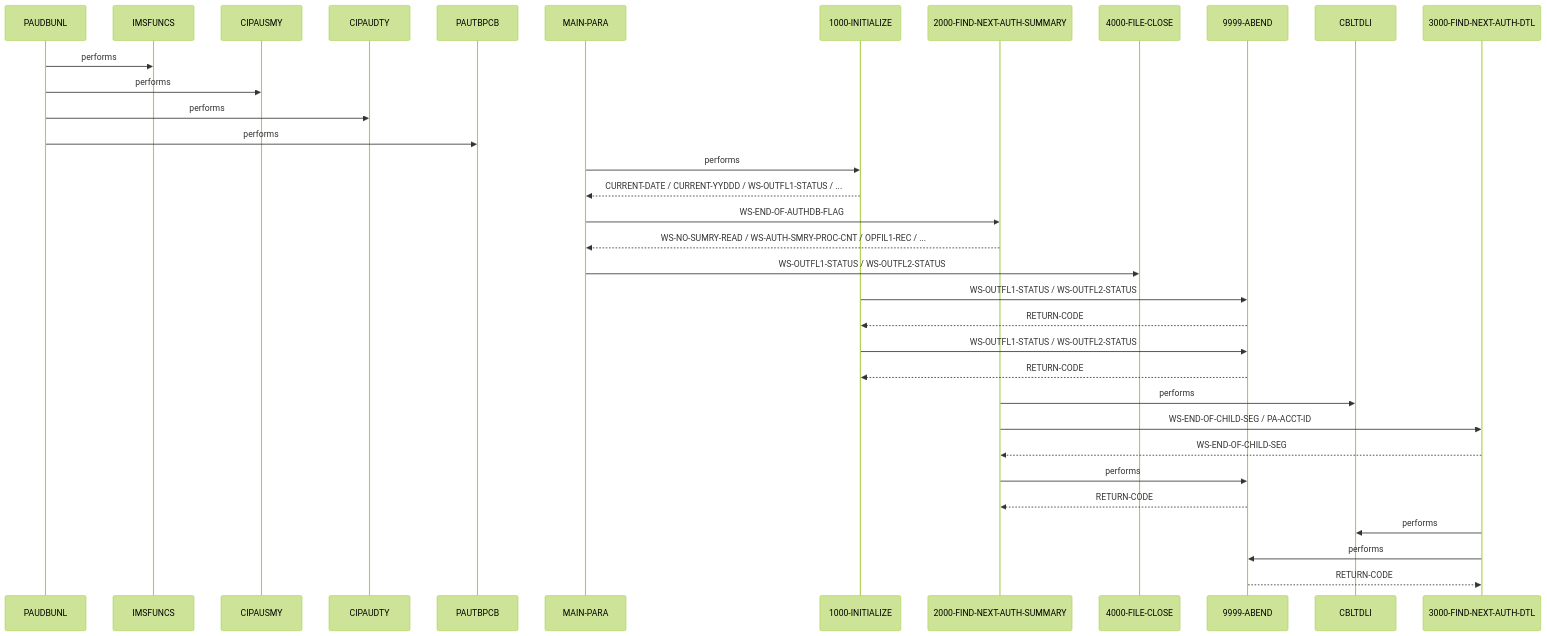
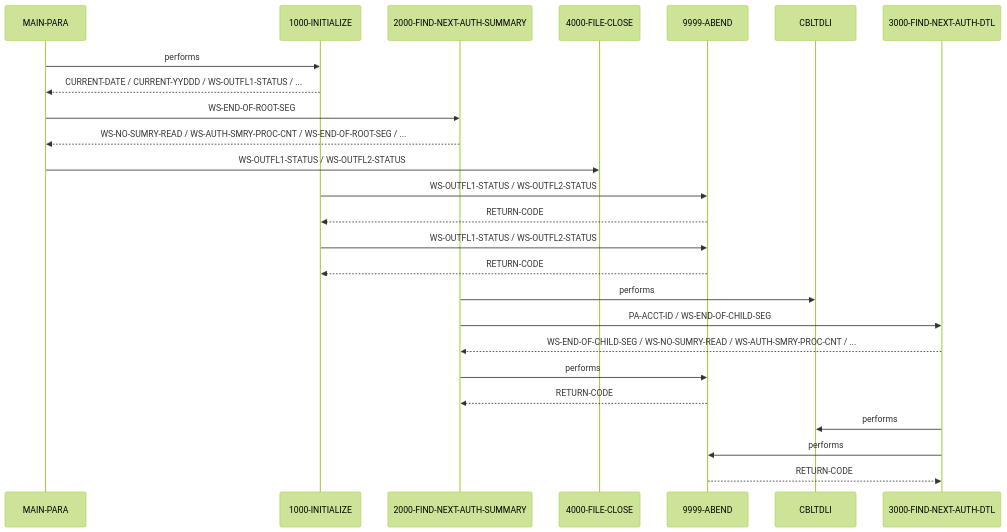
Before and after one commit to andrasfe/war_rig: the second of 2 diagrams in example_output/cbl/PAUDBUNL.CBL.md, drawn with Mermaid (forest theme). The commit also changed other lines of this file and 189 other files, not shown here.

````diff
--- a/example_output/cbl/PAUDBUNL.CBL.md
+++ b/example_output/cbl/PAUDBUNL.CBL.md
@@ -256,36 +200,27 @@
 ```mermaid
 sequenceDiagram
-    participant PAUDBUNL as PAUDBUNL
-    participant IMSFUNCS as IMSFUNCS
-    participant CIPAUSMY as CIPAUSMY
-    participant CIPAUDTY as CIPAUDTY
-    participant PAUTBPCB as PAUTBPCB
     participant MAIN_PARA as MAIN-PARA
     participant 1000_INITIALIZE as 1000-INITIALIZE
     participant 2000_FIND_NEXT_AUTH_SUMMARY as 2000-FIND-NEXT-AUTH-SUMMARY
     participant 4000_FILE_CLOSE as 4000-FILE-CLOSE
     participant 9999_ABEND as 9999-ABEND
     participant CBLTDLI as CBLTDLI
     participant 3000_FIND_NEXT_AUTH_DTL as 3000-FIND-NEXT-AUTH-DTL
-    PAUDBUNL->>IMSFUNCS: performs
-    PAUDBUNL->>CIPAUSMY: performs
-    PAUDBUNL->>CIPAUDTY: performs
-    PAUDBUNL->>PAUTBPCB: performs
     MAIN_PARA->>1000_INITIALIZE: performs
     1000_INITIALIZE-->>MAIN_PARA: CURRENT-DATE / CURRENT-YYDDD / WS-OUTFL1-STATUS / ...
-    MAIN_PARA->>2000_FIND_NEXT_AUTH_SUMMARY: WS-END-OF-AUTHDB-FLAG
-    2000_FIND_NEXT_AUTH_SUMMARY-->>MAIN_PARA: WS-NO-SUMRY-READ / WS-AUTH-SMRY-PROC-CNT / OPFIL1-REC / ...
+    MAIN_PARA->>2000_FIND_NEXT_AUTH_SUMMARY: WS-END-OF-ROOT-SEG
+    2000_FIND_NEXT_AUTH_SUMMARY-->>MAIN_PARA: WS-NO-SUMRY-READ / WS-AUTH-SMRY-PROC-CNT / WS-END-OF-ROOT-SEG / ...
     MAIN_PARA->>4000_FILE_CLOSE: WS-OUTFL1-STATUS / WS-OUTFL2-STATUS
     1000_INITIALIZE->>9999_ABEND: WS-OUTFL1-STATUS / WS-OUTFL2-STATUS
     9999_ABEND-->>1000_INITIALIZE: RETURN-CODE
     1000_INITIALIZE->>9999_ABEND: WS-OUTFL1-STATUS / WS-OUTFL2-STATUS
     9999_ABEND-->>1000_INITIALIZE: RETURN-CODE
     2000_FIND_NEXT_AUTH_SUMMARY->>CBLTDLI: performs
-    2000_FIND_NEXT_AUTH_SUMMARY->>3000_FIND_NEXT_AUTH_DTL: WS-END-OF-CHILD-SEG / PA-ACCT-ID
-    3000_FIND_NEXT_AUTH_DTL-->>2000_FIND_NEXT_AUTH_SUMMARY: WS-END-OF-CHILD-SEG
+    2000_FIND_NEXT_AUTH_SUMMARY->>3000_FIND_NEXT_AUTH_DTL: PA-ACCT-ID / WS-END-OF-CHILD-SEG
+    3000_FIND_NEXT_AUTH_DTL-->>2000_FIND_NEXT_AUTH_SUMMARY: WS-END-OF-CHILD-SEG / WS-NO-SUMRY-READ / WS-AUTH-SMRY-PROC-CNT / ...
     2000_FIND_NEXT_AUTH_SUMMARY->>9999_ABEND: performs
     9999_ABEND-->>2000_FIND_NEXT_AUTH_SUMMARY: RETURN-CODE
     3000_FIND_NEXT_AUTH_DTL->>CBLTDLI: performs
     3000_FIND_NEXT_AUTH_DTL->>9999_ABEND: performs
     9999_ABEND-->>3000_FIND_NEXT_AUTH_DTL: RETURN-CODE
 ```
````
